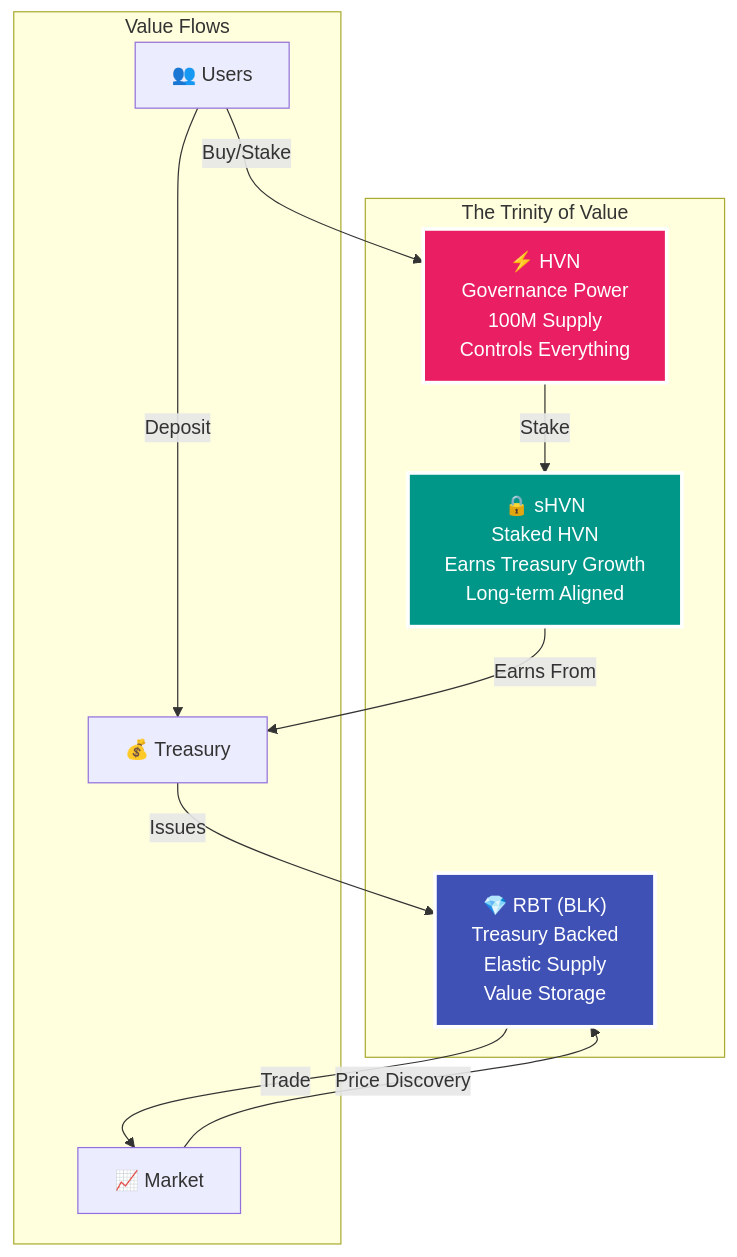
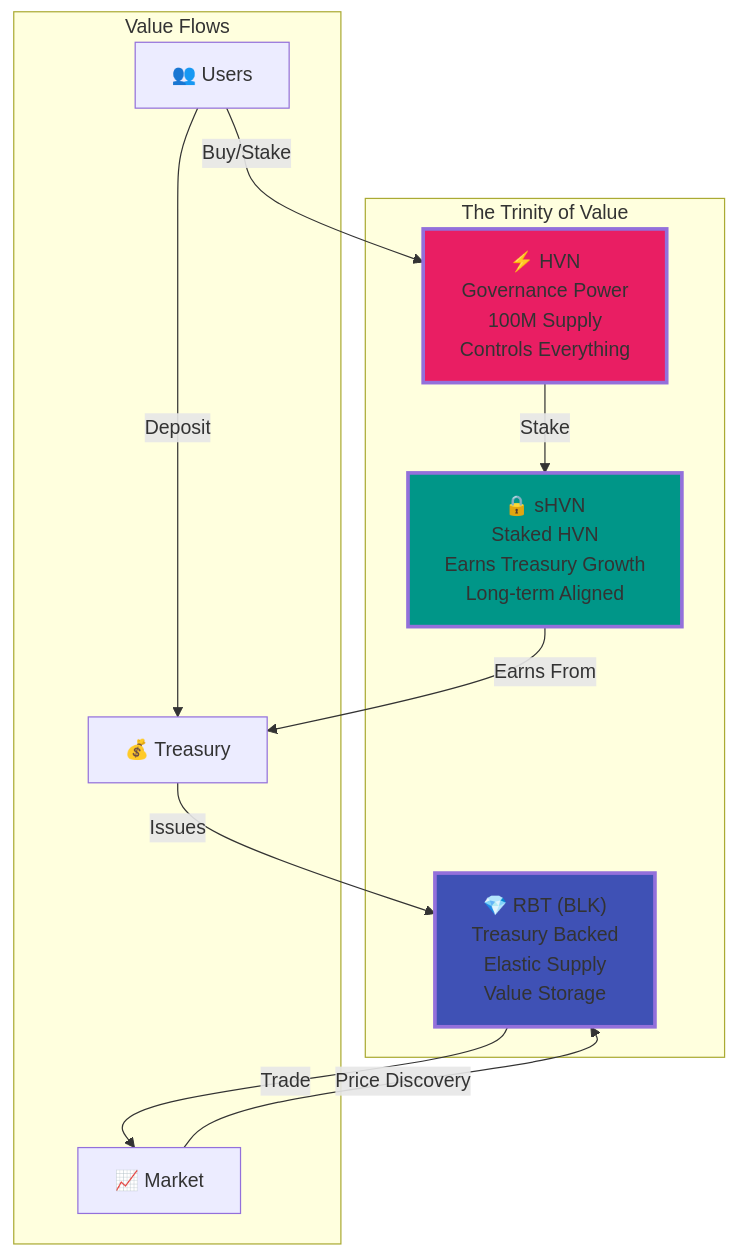
One commit to 0xJaehaerys/ohmega changed the first of 10 diagrams in blackhaven-economics-visual.md. Above: the diagram before and after it, drawn with Mermaid. The commit also changed other lines of this file and 6 other files, not shown here.

First line of the commit message:
Remove white color from all diagrams

````diff
--- a/blackhaven-economics-visual.md
+++ b/blackhaven-economics-visual.md
@@ -5,26 +5,26 @@
 ```mermaid
 graph TB
     subgraph "The Trinity of Value"
         HVN["⚡ HVN<br/>Governance Power<br/>100M Supply<br/>Controls Everything"]
         RBT["💎 RBT (BLK)<br/>Treasury Backed<br/>Elastic Supply<br/>Value Storage"]
         sHVN["🔒 sHVN<br/>Staked HVN<br/>Earns Treasury Growth<br/>Long-term Aligned"]
     end
     
     subgraph "Value Flows"
         USERS["👥 Users"]
         TREASURY["💰 Treasury"]
         MARKET["📈 Market"]
     end
     
     USERS -->|Buy/Stake| HVN
     HVN -->|Stake| sHVN
     USERS -->|Deposit| TREASURY
     TREASURY -->|Issues| RBT
     RBT -->|Trade| MARKET
     MARKET -->|Price Discovery| RBT
     sHVN -->|Earns From| TREASURY
     
-    style HVN fill:#e91e63,stroke:#fff,stroke-width:3px,color:#fff
-    style RBT fill:#3f51b5,stroke:#fff,stroke-width:3px,color:#fff
-    style sHVN fill:#009688,stroke:#fff,stroke-width:3px,color:#fff
+    style HVN fill:#e91e63,stroke-width:3px
+    style RBT fill:#3f51b5,stroke-width:3px
+    style sHVN fill:#009688,stroke-width:3px
 ```
````
